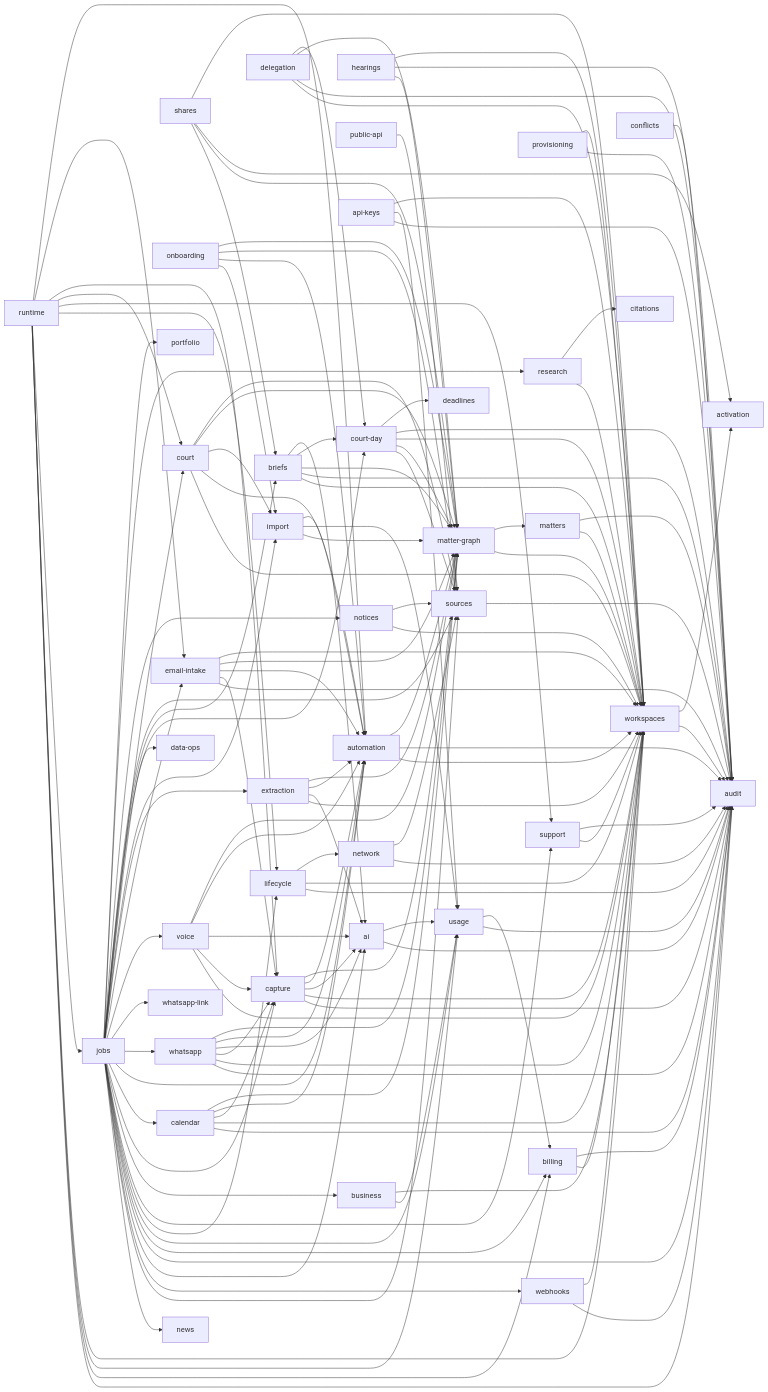
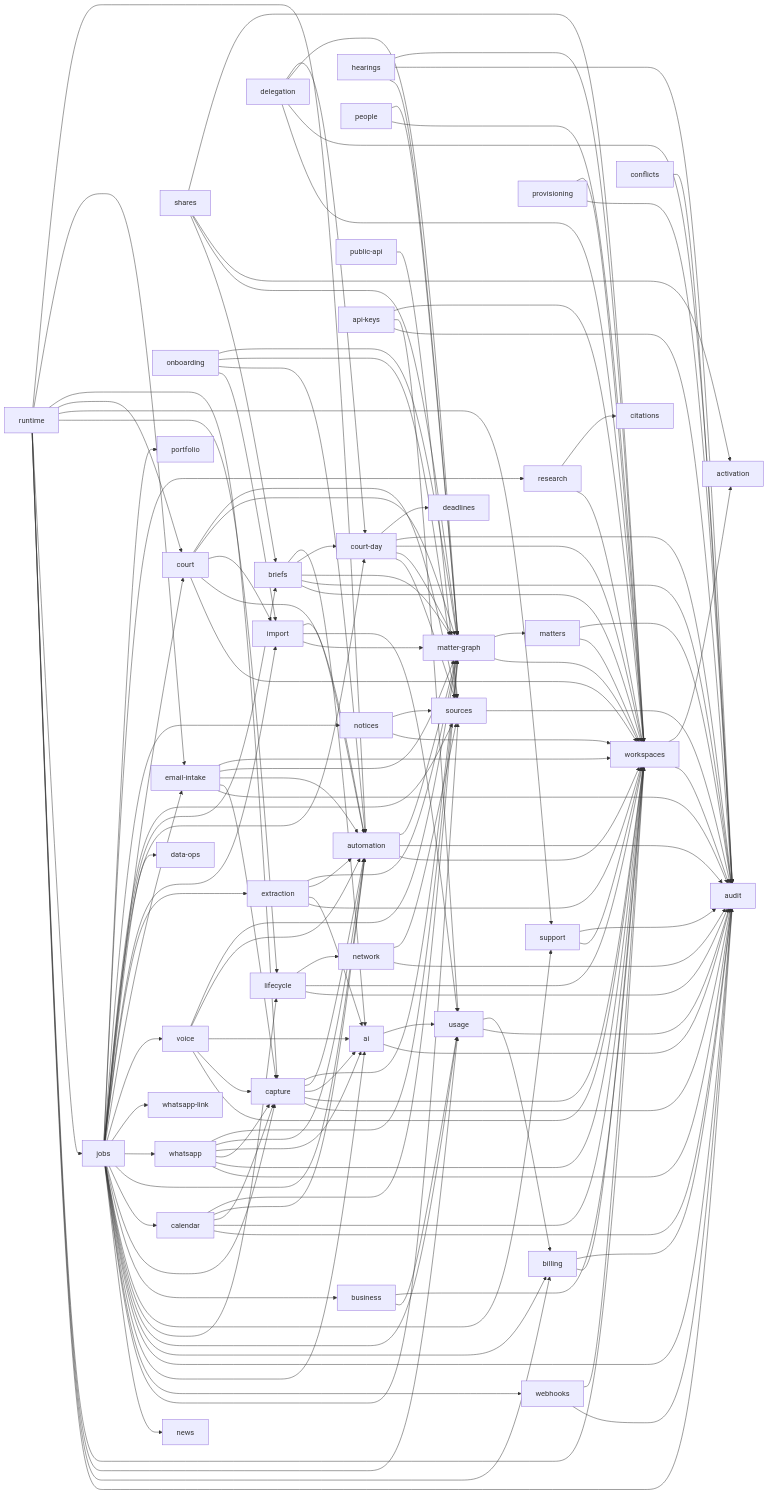
One commit to RapierCraftStudios/causedeck changed the diagram in docs/engineering/core-domains.md. Above: the diagram before and after it, drawn with Mermaid. The commit also changed other lines of this file and 20 other files, not shown here.

```diff
--- a/docs/engineering/core-domains.md
+++ b/docs/engineering/core-domains.md
@@ -118,6 +119,8 @@
   delegation --> audit
   delegation --> matter-graph
   delegation --> court-day
+  people --> workspaces
+  people --> matter-graph
   briefs --> ai
   shares --> briefs
   shares --> matter-graph
```
